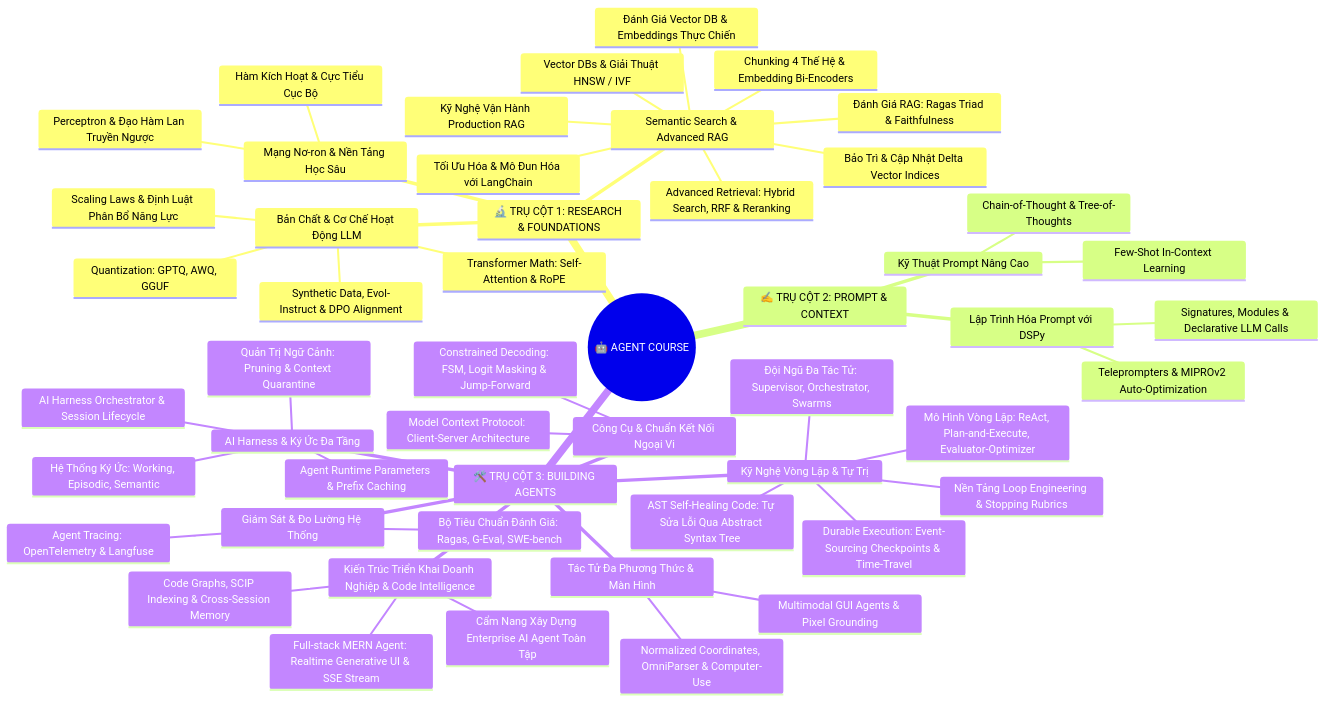
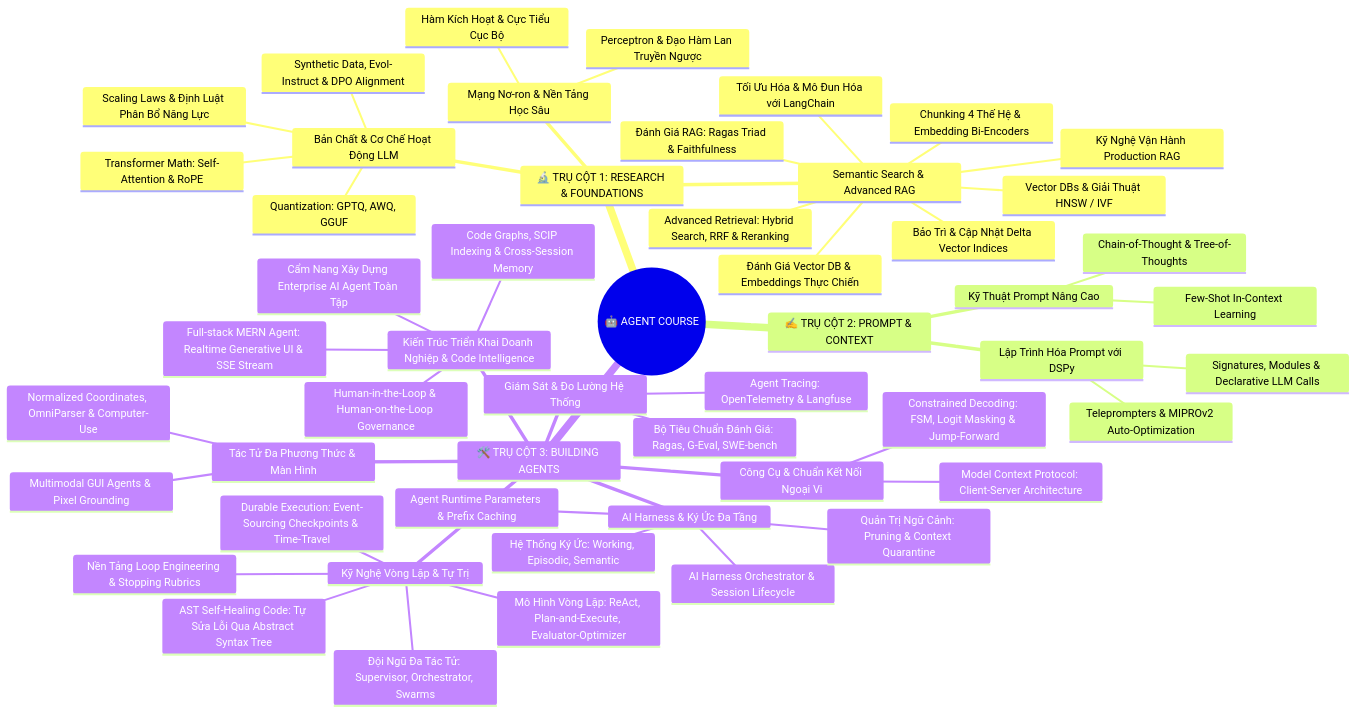
The first of 3 diagrams in MASTER_ARCHITECTURE_AND_COMPONENTS.md (LeNguyenHaiDuong/agent_course), drawn with Mermaid before and after one commit. The commit also changed other lines of this file and 3 other files, not shown here.

First line of the commit message:
feat(governance): add 09_hitl_and_hotl_human_agent_interaction and update syllabus to 32 lessons

````diff
--- a/MASTER_ARCHITECTURE_AND_COMPONENTS.md
+++ b/MASTER_ARCHITECTURE_AND_COMPONENTS.md
@@ -57,54 +57,55 @@
 ```mermaid
 mindmap
   root((🤖 AGENT COURSE))
     🔬 TRỤ CỘT 1: RESEARCH & FOUNDATIONS
       Mạng Nơ-ron & Nền Tảng Học Sâu
         Perceptron & Đạo Hàm Lan Truyền Ngược
         Hàm Kích Hoạt & Cực Tiểu Cục Bộ
       Bản Chất & Cơ Chế Hoạt Động LLM
         Transformer Math: Self-Attention & RoPE
         Scaling Laws & Định Luật Phân Bổ Năng Lực
         Quantization: GPTQ, AWQ, GGUF
         Synthetic Data, Evol-Instruct & DPO Alignment
       Semantic Search & Advanced RAG
         Chunking 4 Thế Hệ & Embedding Bi-Encoders
         Vector DBs & Giải Thuật HNSW / IVF
         Đánh Giá Vector DB & Embeddings Thực Chiến
         Kỹ Nghệ Vận Hành Production RAG
         Bảo Trì & Cập Nhật Delta Vector Indices
         Tối Ưu Hóa & Mô Đun Hóa với LangChain
         Advanced Retrieval: Hybrid Search, RRF & Reranking
         Đánh Giá RAG: Ragas Triad & Faithfulness
     ✍️ TRỤ CỘT 2: PROMPT & CONTEXT
       Kỹ Thuật Prompt Nâng Cao
         Few-Shot In-Context Learning
         Chain-of-Thought & Tree-of-Thoughts
       Lập Trình Hóa Prompt với DSPy
         Signatures, Modules & Declarative LLM Calls
         Teleprompters & MIPROv2 Auto-Optimization
     🛠️ TRỤ CỘT 3: BUILDING AGENTS
       AI Harness & Ký Ức Đa Tầng
         AI Harness Orchestrator & Session Lifecycle
         Quản Trị Ngữ Cảnh: Pruning & Context Quarantine
         Hệ Thống Ký Ức: Working, Episodic, Semantic
         Agent Runtime Parameters & Prefix Caching
       Công Cụ & Chuẩn Kết Nối Ngoại Vi
         Model Context Protocol: Client-Server Architecture
         Constrained Decoding: FSM, Logit Masking & Jump-Forward
       Kỹ Nghệ Vòng Lặp & Tự Trị
         Nền Tảng Loop Engineering & Stopping Rubrics
         Mô Hình Vòng Lặp: ReAct, Plan-and-Execute, Evaluator-Optimizer
         Đội Ngũ Đa Tác Tử: Supervisor, Orchestrator, Swarms
         AST Self-Healing Code: Tự Sửa Lỗi Qua Abstract Syntax Tree
         Durable Execution: Event-Sourcing Checkpoints & Time-Travel
       Giám Sát & Đo Lường Hệ Thống
         Agent Tracing: OpenTelemetry & Langfuse
         Bộ Tiêu Chuẩn Đánh Giá: Ragas, G-Eval, SWE-bench
       Tác Tử Đa Phương Thức & Màn Hình
         Multimodal GUI Agents & Pixel Grounding
         Normalized Coordinates, OmniParser & Computer-Use
       Kiến Trúc Triển Khai Doanh Nghiệp & Code Intelligence
         Cẩm Nang Xây Dựng Enterprise AI Agent Toàn Tập
         Full-stack MERN Agent: Realtime Generative UI & SSE Stream
         Code Graphs, SCIP Indexing & Cross-Session Memory
+        Human-in-the-Loop & Human-on-the-Loop Governance
 ```
````
